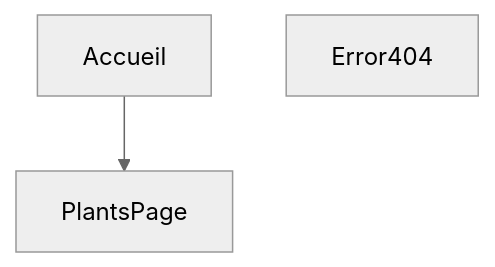
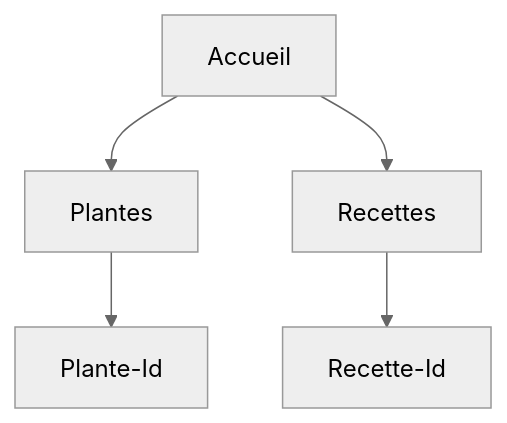
The diagram in README.md (BonnevieAmel/Elixirs_Botanique), drawn with Mermaid (neutral theme) before and after one commit.

Commit message:
custom READme 2

````diff
--- a/README.md
+++ b/README.md
@@ -60,6 +60,8 @@
 ```mermaid
 graph TD;
     Accueil;
-    Accueil-->PlantsPage;
-    Error404;
+Accueil-->Plantes;
+Plantes-->Plante-Id;
+Accueil-->Recettes;
+Recettes-->Recette-Id;
 ```
````
